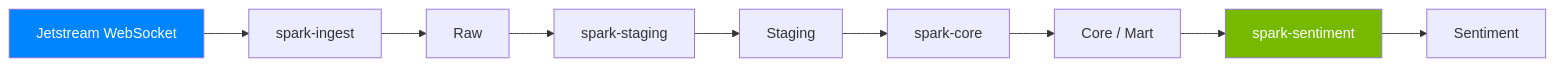
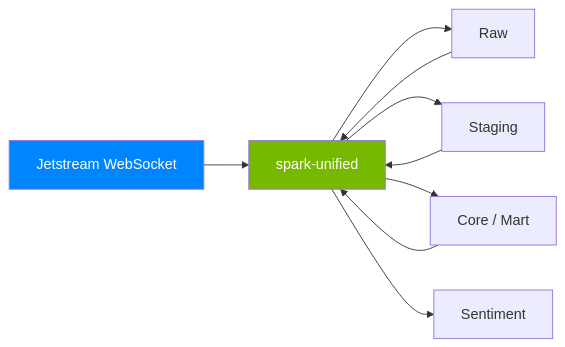
Before and after one commit to joshlizana/atomosphere: the diagram in README.md, drawn with Mermaid. The commit also changed other lines of this file and 8 other files, not shown here.

First line of the commit message:
Update all documentation for unified architecture (4 containers → 1)

````diff
--- a/README.md
+++ b/README.md
@@ -11,14 +11,14 @@
 ```mermaid
 flowchart LR
-    JS[Jetstream WebSocket] --> SI[spark-ingest]
-    SI --> RAW[Raw]
-    RAW --> SS[spark-staging]
-    SS --> STG[Staging]
-    STG --> SC[spark-core]
-    SC --> CORE[Core / Mart]
-    CORE --> SENT[spark-sentiment]
-    SENT --> SOUT[Sentiment]
+    JS[Jetstream WebSocket] --> SU[spark-unified]
+    SU --> RAW[Raw]
+    RAW --> SU
+    SU --> STG[Staging]
+    STG --> SU
+    SU --> CORE[Core / Mart]
+    CORE --> SU
+    SU --> SOUT[Sentiment]
 
     style JS fill:#0085ff,color:#fff
-    style SENT fill:#76b900,color:#fff
+    style SU fill:#76b900,color:#fff
 ```
````
